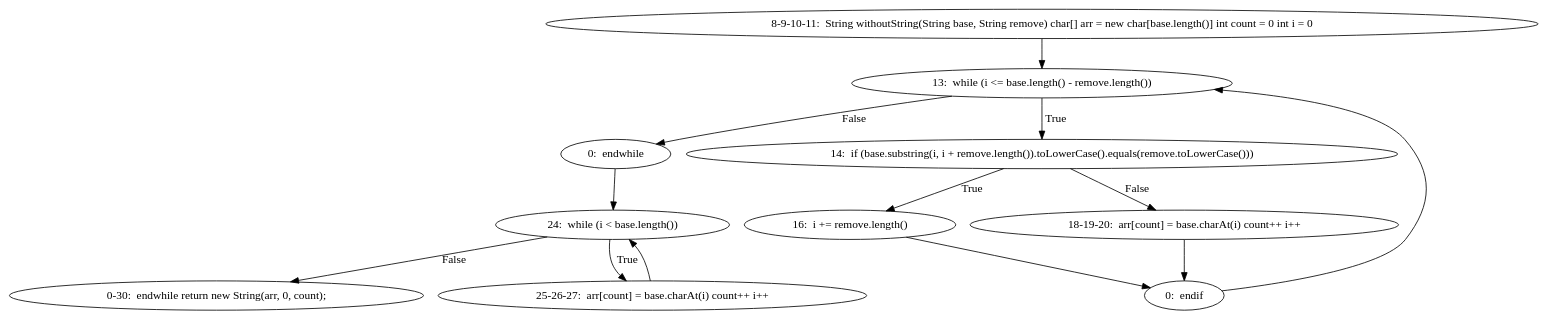
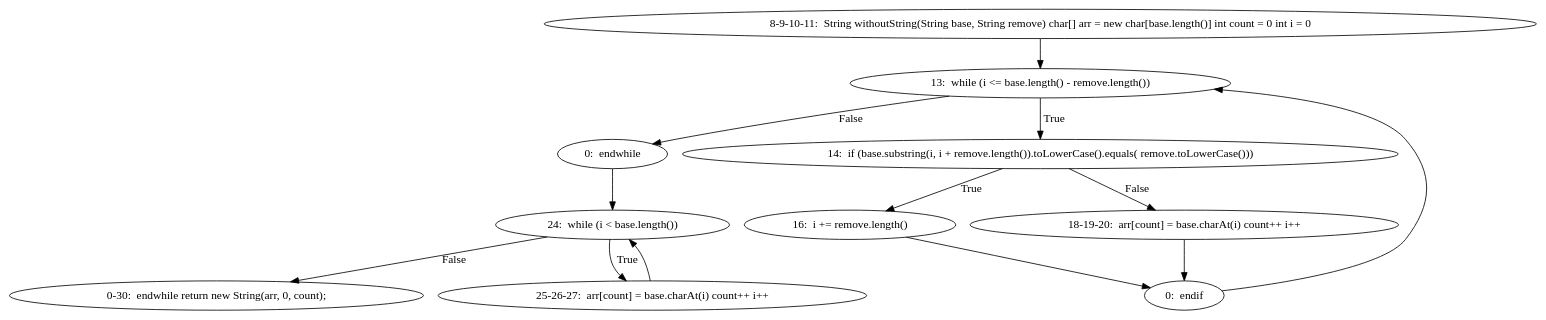
Before and after one commit to Jisoo-Min/Graph-Match: the diagram in data/basic_blocks/dot/String3Withoutstring-CFG.dot, drawn with Graphviz. The commit also changed 115 other files, not shown here.

```diff
--- a/data/basic_blocks/dot/String3Withoutstring-CFG.dot
+++ b/data/basic_blocks/dot/String3Withoutstring-CFG.dot
@@ -1,26 +1,26 @@
 digraph result_test { 
 // graph-vertices
   a3  [label="8-9-10-11:  String withoutString(String base, String remove)	char[] arr = new char[base.length()]	int count = 0	int i = 0"]; 
   4  [label="13:  while (i <= base.length() - remove.length())"]; 
   5  [label="0:  endwhile"]; 
-  6  [label="14:  if (base.substring(i, i + remove.length()).toLowerCase().equals(remove.toLowerCase()))"]; 
+  6  [label="14:  if (base.substring(i, i + remove.length()).toLowerCase().equals( remove.toLowerCase()))"]; 
   7  [label="16:  i += remove.length()"]; 
   8  [label="0:  endif"]; 
   a5  [label="18-19-20:  arr[count] = base.charAt(i)	count++	i++"]; 
   12  [label="24:  while (i < base.length())"]; 
   a6  [label="0-30:  endwhile	return new String(arr, 0, count);"]; 
   a8  [label="25-26-27:  arr[count] = base.charAt(i)	count++	i++"]; 
 // graph-edges
   a3 -> 4;
   4 -> 5  [label="False"]; 
   4 -> 6  [label="True"]; 
   6 -> 7  [label="True"]; 
   7 -> 8;
   6 -> a5  [label="False"]; 
   a5 -> 8;
   8 -> 4;
   5 -> 12;
   12 -> a6  [label="False"]; 
   12 -> a8  [label="True"]; 
   a8 -> 12;
 }
```
